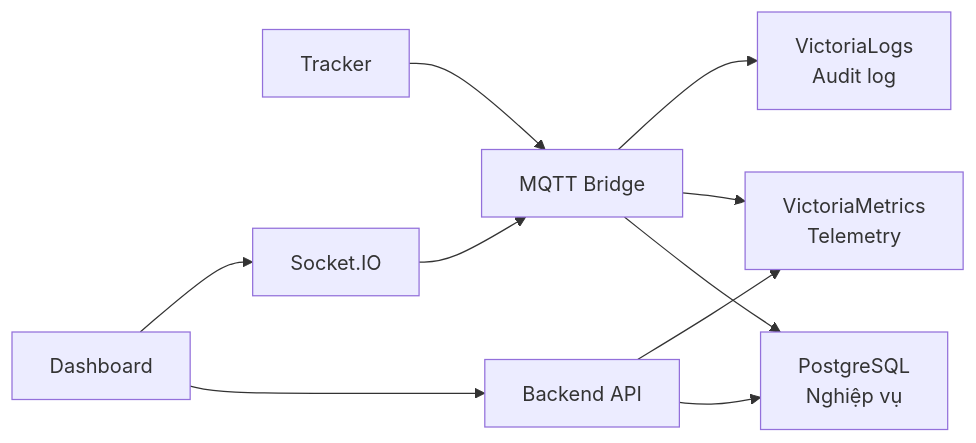
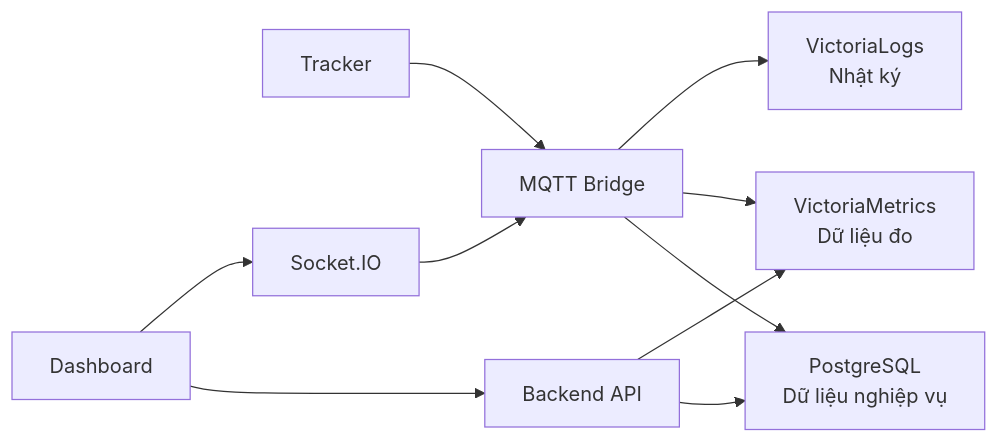
Before and after one commit to anmh1205/IoT_Vehicle_Tracking_System: the diagram in resources/reports/thesis/final/assets/uml/02-chuong-2-phan-tich-hinh-2-1.mmd, drawn with Mermaid. The commit also changed 209 other files, not shown here.

```diff
--- a/resources/reports/thesis/final/assets/uml/02-chuong-2-phan-tich-hinh-2-1.mmd
+++ b/resources/reports/thesis/final/assets/uml/02-chuong-2-phan-tich-hinh-2-1.mmd
@@ -1,13 +1,13 @@
 flowchart LR
     Device["Tracker"] --> Bridge["MQTT Bridge"]
     Bridge --> PG["PostgreSQL
-Nghiệp vụ"]
+Dữ liệu nghiệp vụ"]
     Bridge --> VM["VictoriaMetrics
-Telemetry"]
+Dữ liệu đo"]
     Bridge --> VL["VictoriaLogs
-Audit log"]
+Nhật ký"]
     API["Backend API"] --> PG
     API --> VM
     Dashboard["Dashboard"] --> API
     Dashboard --> Socket["Socket.IO"]
     Socket --> Bridge
```
